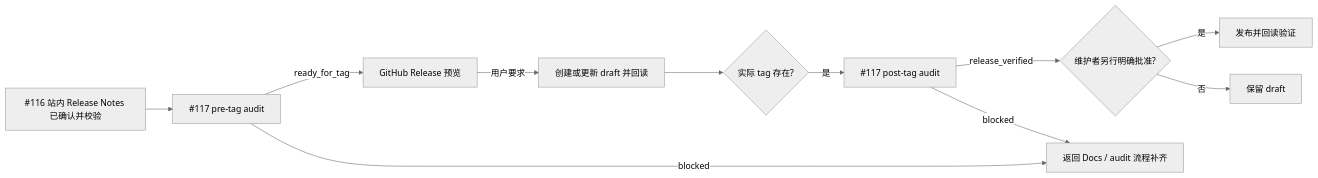
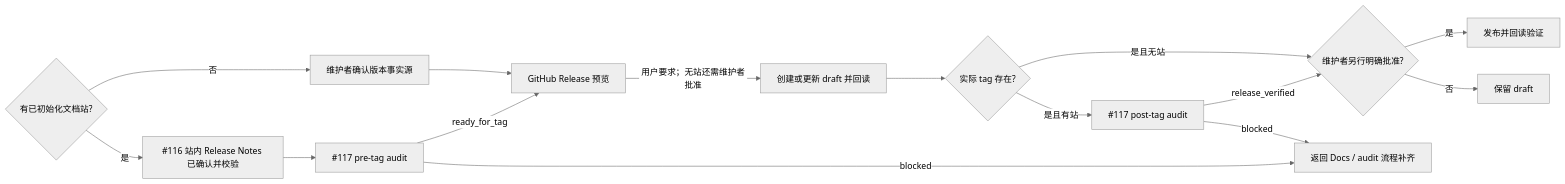
Before and after one commit to Neplich/dev-agent-skills: the diagram in docs/pm/agents/pm-agent/skills/github-release-generator/PRD.md, drawn with Mermaid (neutral theme). The commit also changed other lines of this file and 19 other files, not shown here.

````diff
--- a/docs/pm/agents/pm-agent/skills/github-release-generator/PRD.md
+++ b/docs/pm/agents/pm-agent/skills/github-release-generator/PRD.md
@@ -94,13 +96,18 @@
 ```mermaid
 flowchart LR
-    RN["#116 站内 Release Notes 已确认并校验"] --> PA["#117 pre-tag audit"]
+    Gate{"有已初始化文档站?"}
+    Gate -->|"是"| RN["#116 站内 Release Notes 已确认并校验"]
+    Gate -->|"否"| Fact["维护者确认版本事实源"]
+    RN --> PA["#117 pre-tag audit"]
     PA -->|"ready_for_tag"| Preview["GitHub Release 预览"]
-    Preview -->|"用户要求"| Draft["创建或更新 draft 并回读"]
+    Fact --> Preview
+    Preview -->|"用户要求；无站还需维护者批准"| Draft["创建或更新 draft 并回读"]
     Draft --> Tag{"实际 tag 存在?"}
-    Tag -->|"是"| Post["#117 post-tag audit"]
+    Tag -->|"是且有站"| Post["#117 post-tag audit"]
     Post -->|"release_verified"| Approve{"维护者另行明确批准?"}
+    Tag -->|"是且无站"| Approve
     Approve -->|"是"| Publish["发布并回读验证"]
     Approve -->|"否"| Keep["保留 draft"]
     PA -->|"blocked"| Return["返回 Docs / audit 流程补齐"]
     Post -->|"blocked"| Return
 ```
````
